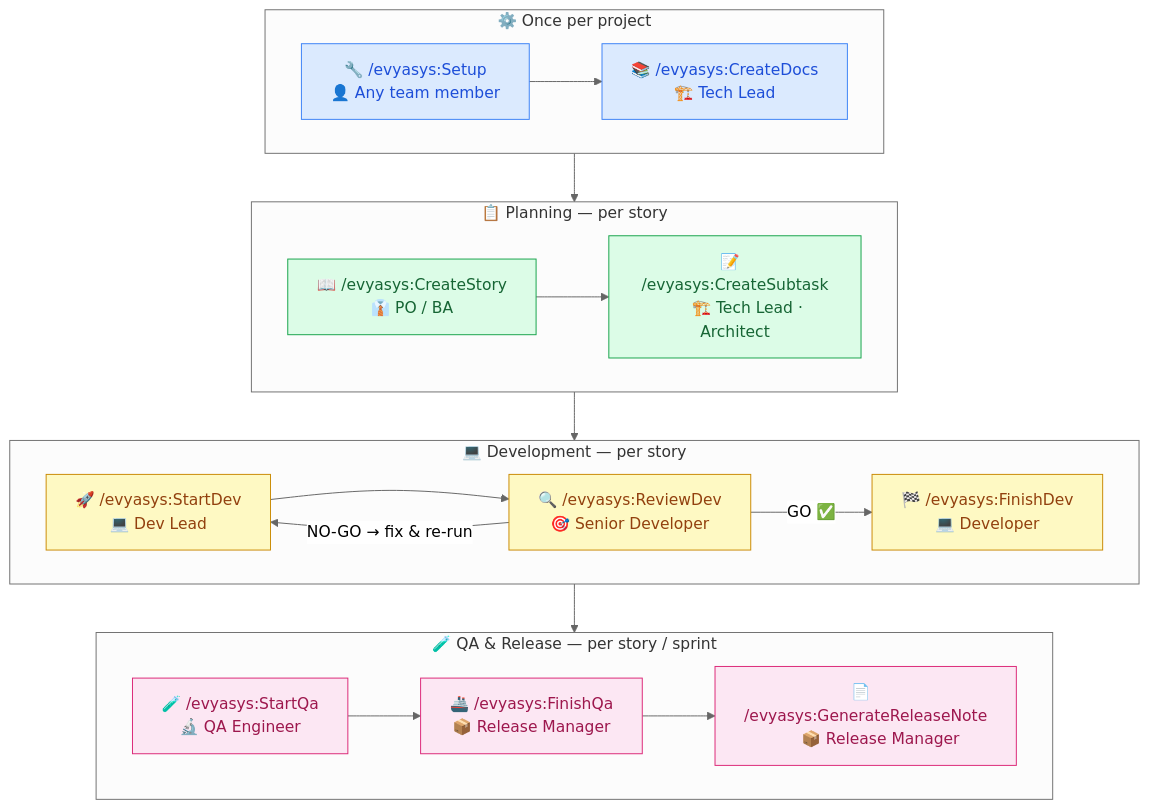
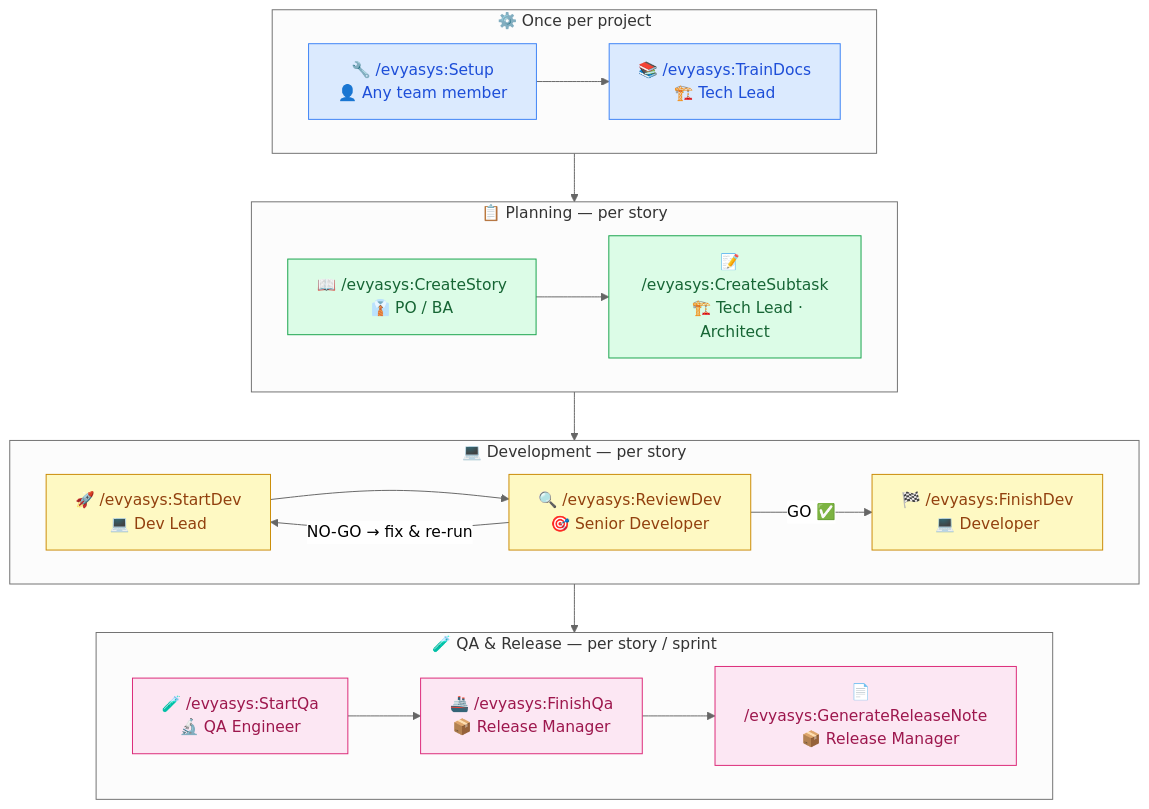
One commit to Evyasys-Software-Solutions/EvyaGovernance changed the diagram in README.md. Above: the diagram before and after it, drawn with Mermaid (neutral theme). The commit also changed other lines of this file and 33 other files, not shown here.

````diff
--- a/README.md
+++ b/README.md
@@ -241,52 +203,52 @@
 ```mermaid
 flowchart TD
     classDef setup fill:#dbeafe,stroke:#3b82f6,color:#1d4ed8
     classDef plan  fill:#dcfce7,stroke:#16a34a,color:#166534
     classDef dev   fill:#fef9c3,stroke:#ca8a04,color:#92400e
     classDef qa    fill:#fce7f3,stroke:#db2777,color:#9d174d
 
     subgraph ONCE["⚙️  Once per project"]
       direction LR
       S1["🔧  /evyasys:Setup
       👤 Any team member"]:::setup
-      S2["📚  /evyasys:CreateDocs
+      S2["📚  /evyasys:TrainDocs
       🏗️ Tech Lead"]:::setup
       S1 --> S2
     end
 
     subgraph PLAN["📋  Planning — per story"]
       direction LR
       P1["📖  /evyasys:CreateStory
       👔 PO / BA"]:::plan
       P2["📝  /evyasys:CreateSubtask
       🏗️ Tech Lead · Architect"]:::plan
       P1 --> P2
     end
 
     subgraph DEVPHASE["💻  Development — per story"]
       direction LR
       D1["🚀  /evyasys:StartDev
       💻 Dev Lead"]:::dev
       D2["🔍  /evyasys:ReviewDev
       🎯 Senior Developer"]:::dev
       D3["🏁  /evyasys:FinishDev
       💻 Developer"]:::dev
       D1 --> D2
       D2 -->|"NO-GO → fix & re-run"| D1
       D2 -->|"GO ✅"| D3
     end
 
     subgraph QAPHASE["🧪  QA & Release — per story / sprint"]
       direction LR
       Q1["🧪  /evyasys:StartQa
       🔬 QA Engineer"]:::qa
       Q2["🚢  /evyasys:FinishQa
       📦 Release Manager"]:::qa
       Q3["📄  /evyasys:GenerateReleaseNote
       📦 Release Manager"]:::qa
       Q1 --> Q2
       Q2 --> Q3
     end
 
     ONCE --> PLAN --> DEVPHASE --> QAPHASE
 ```
````
